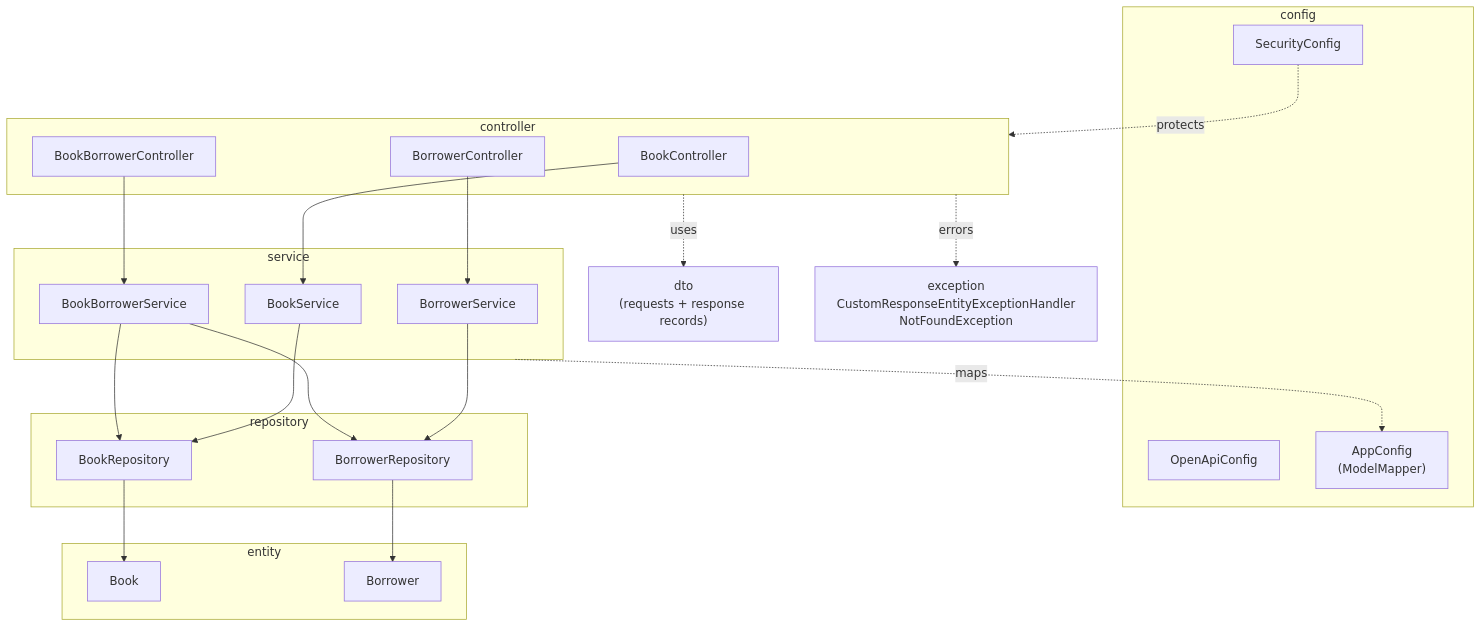
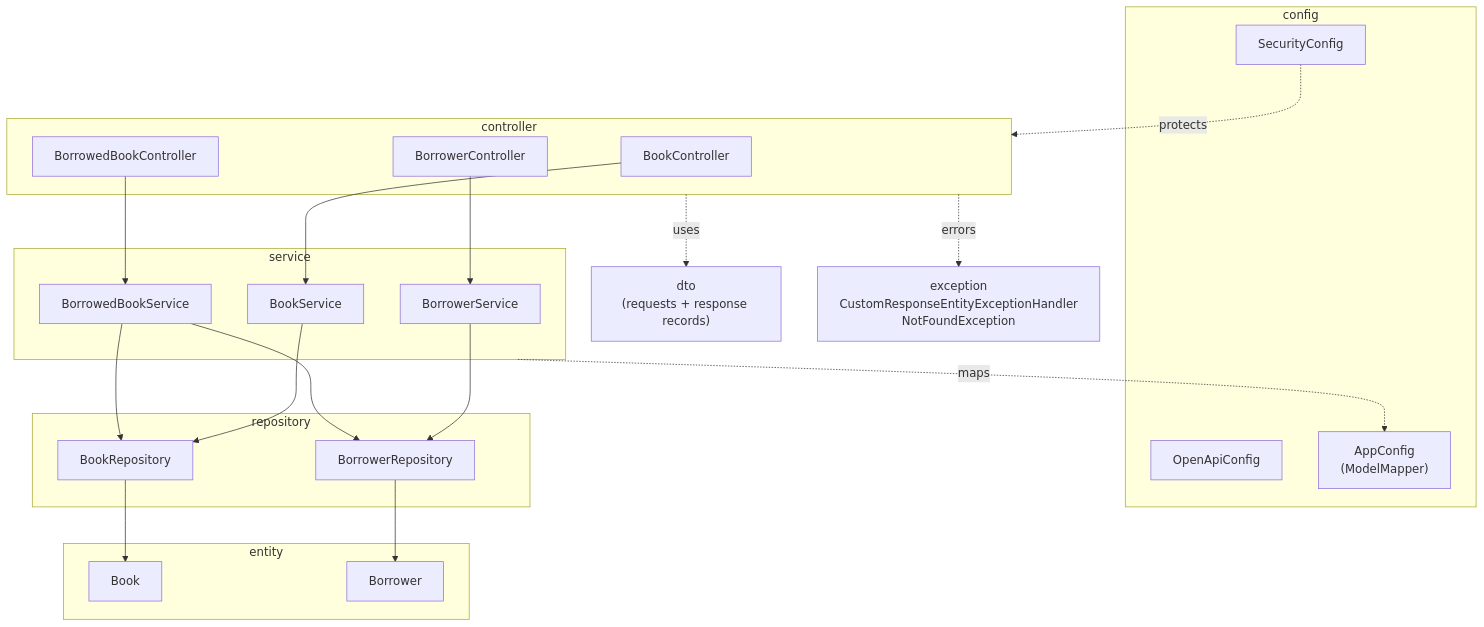
One commit to tharangage/simple-library changed the second of 6 diagrams in docs/architecture/README.md. Above: the diagram before and after it, drawn with Mermaid. The commit also changed other lines of this file and 40 other files, not shown here.

````diff
--- a/docs/architecture/README.md
+++ b/docs/architecture/README.md
@@ -43,42 +43,42 @@
 ```mermaid
 flowchart TB
     subgraph config
         SecurityConfig
         OpenApiConfig
         AppConfig["AppConfig<br/>(ModelMapper)"]
     end
     subgraph controller
         BookController
         BorrowerController
-        BookBorrowerController
+        BorrowedBookController
     end
     subgraph service
         BookService
         BorrowerService
-        BookBorrowerService
+        BorrowedBookService
     end
     subgraph repository
         BookRepository
         BorrowerRepository
     end
     subgraph entity
         Book
         Borrower
     end
     dto["dto<br/>(requests + response records)"]
     exh["exception<br/>CustomResponseEntityExceptionHandler<br/>NotFoundException"]
 
     BookController --> BookService
     BorrowerController --> BorrowerService
-    BookBorrowerController --> BookBorrowerService
+    BorrowedBookController --> BorrowedBookService
     BookService --> BookRepository
     BorrowerService --> BorrowerRepository
-    BookBorrowerService --> BookRepository
-    BookBorrowerService --> BorrowerRepository
+    BorrowedBookService --> BookRepository
+    BorrowedBookService --> BorrowerRepository
     BookRepository --> Book
     BorrowerRepository --> Borrower
     controller -. uses .-> dto
     controller -. errors .-> exh
     service -. maps .-> AppConfig
     SecurityConfig -. protects .-> controller
 ```
````
